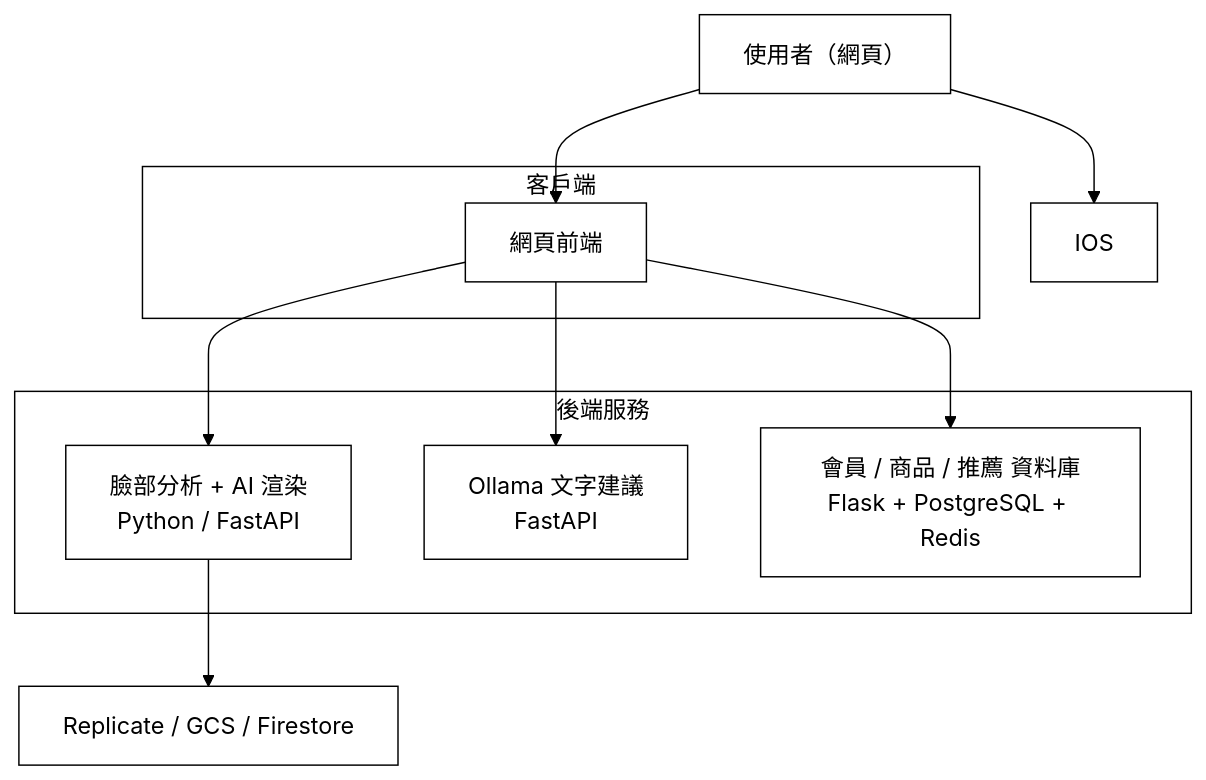
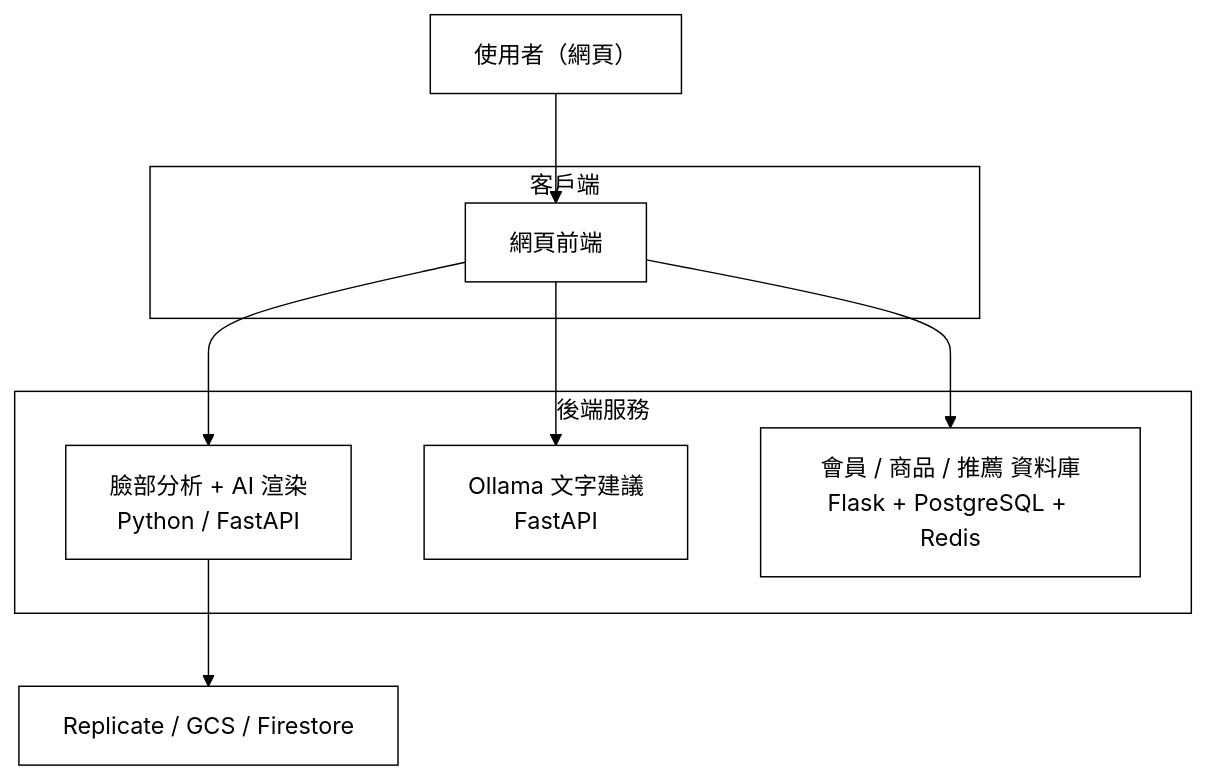
The diagram in README.md (vivi930319/DecorateMeAI), drawn with Mermaid (forest theme) before and after one commit.

Commit message:
Remove iOS from platform flow
Removed iOS from the platform flow in the README.

````diff
--- a/README.md
+++ b/README.md
@@ -11,25 +11,24 @@
 ```mermaid
 flowchart TB
   classDef n fill:#ffffff,stroke:#000000,color:#000000;
   U["使用者（網頁）"]
   subgraph C["客戶端"]
     WEB["網頁前端"]
    
   end
   subgraph S["後端服務"]
     FACE["臉部分析 + AI 渲染<br/>Python / FastAPI"]
     OLL["Ollama 文字建議<br/>FastAPI"]
     DBS["會員 / 商品 / 推薦 資料庫<br/>Flask + PostgreSQL + Redis"]
   end
   EXT["Replicate / GCS / Firestore"]
 
   U --> WEB
-  U --> IOS
   WEB --> FACE
   WEB --> OLL
   WEB --> DBS
   FACE --> EXT
   class U,WEB,IOS,FACE,OLL,DBS,EXT n;
   style C fill:#ffffff,stroke:#000000,color:#000000;
   style S fill:#ffffff,stroke:#000000,color:#000000;
 ```
````
